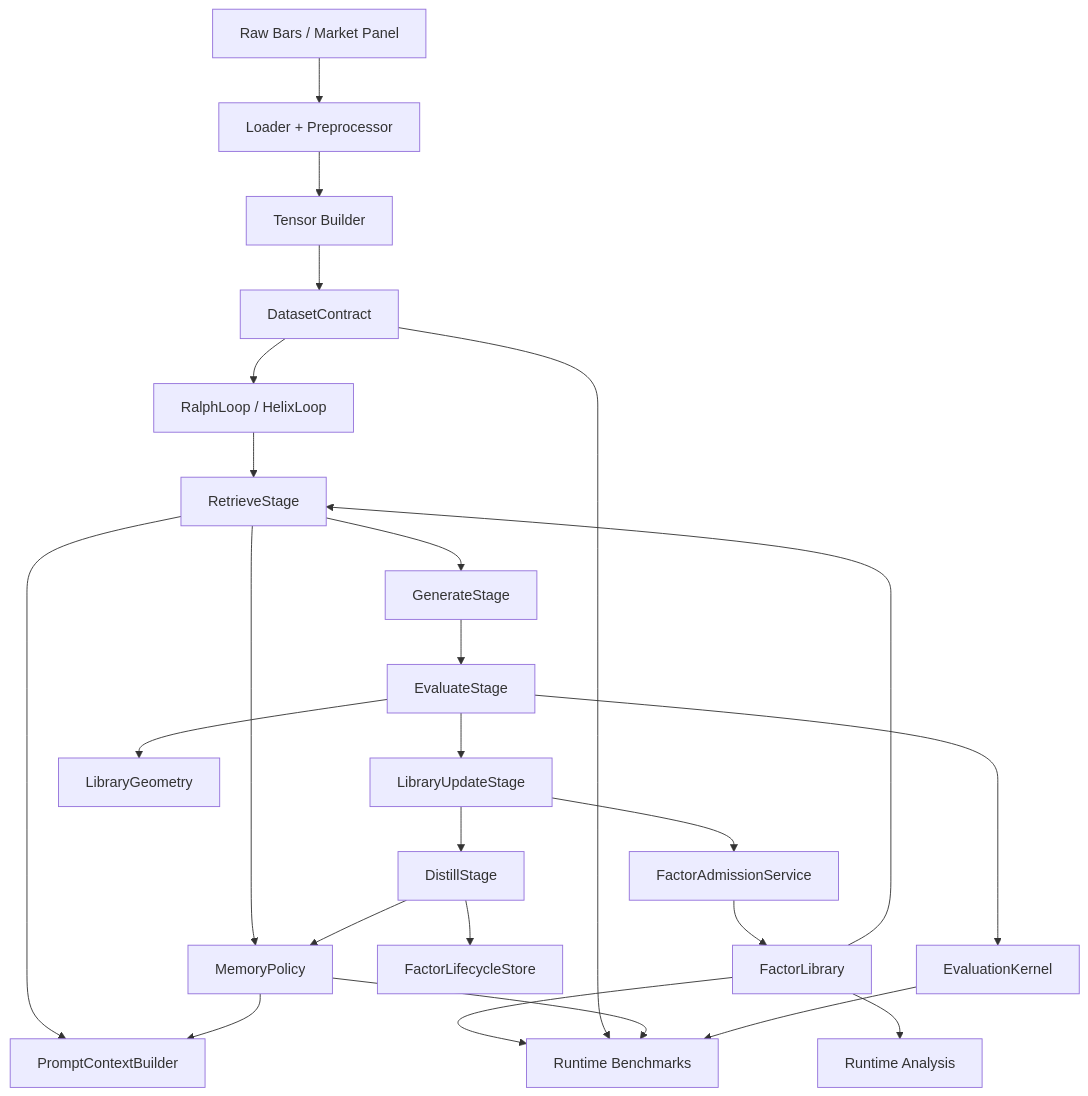
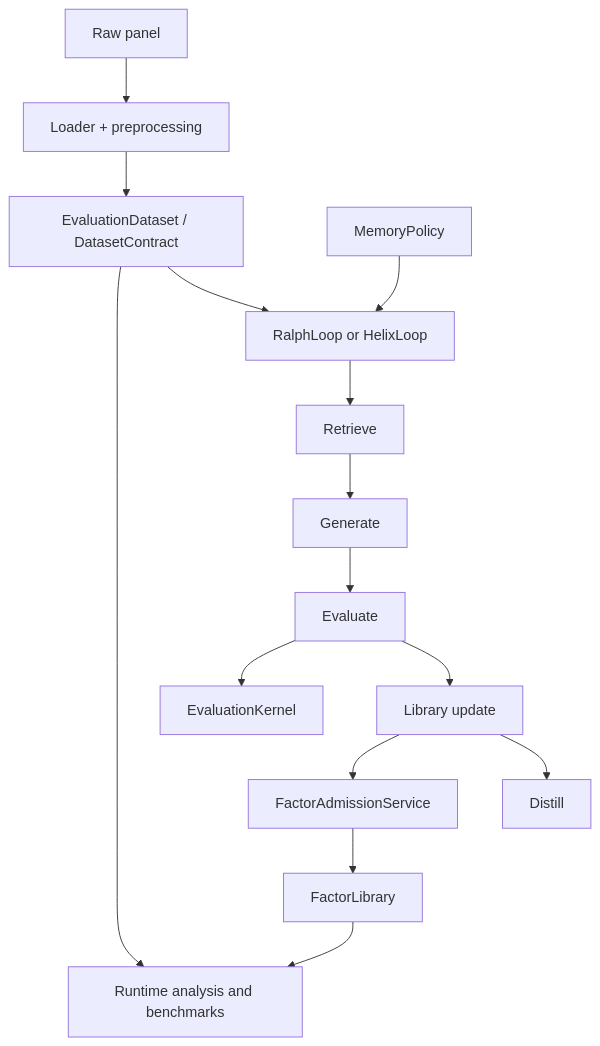
Before and after one commit to minihellboy/factorminer: the diagram in docs/architecture.md, drawn with Mermaid. The commit also changed other lines of this file and 71 other files, not shown here.

````diff
--- a/docs/architecture.md
+++ b/docs/architecture.md
@@ -39,31 +11,17 @@
 ```mermaid
 flowchart TD
-    A["Raw Bars / Market Panel"] --> B["Loader + Preprocessor"]
-    B --> C["Tensor Builder"]
-    C --> D["DatasetContract"]
-    D --> E["RalphLoop / HelixLoop"]
-
-    E --> R["RetrieveStage"]
-    R --> G["GenerateStage"]
-    G --> V["EvaluateStage"]
-    V --> U["LibraryUpdateStage"]
-    U --> T["DistillStage"]
-
-    R --> MP["MemoryPolicy"]
-    R --> PC["PromptContextBuilder"]
-    V --> EK["EvaluationKernel"]
-    V --> LG["LibraryGeometry"]
-    U --> AS["FactorAdmissionService"]
-    T --> LS["FactorLifecycleStore"]
-
-    AS --> FL["FactorLibrary"]
-    T --> MP
-    MP --> PC
-    FL --> R
-
-    FL --> AR["Runtime Analysis"]
-    FL --> BR["Runtime Benchmarks"]
-    D --> BR
-    MP --> BR
-    EK --> BR
+    A["Raw panel"] --> B["Loader + preprocessing"]
+    B --> C["EvaluationDataset / DatasetContract"]
+    C --> D["RalphLoop or HelixLoop"]
+    M["MemoryPolicy"] --> D
+    D --> R["Retrieve"]
+    R --> G["Generate"]
+    G --> E["Evaluate"]
+    E --> U["Library update"]
+    U --> S["Distill"]
+    E --> K["EvaluationKernel"]
+    U --> L["FactorAdmissionService"]
+    L --> F["FactorLibrary"]
+    F --> X["Runtime analysis and benchmarks"]
+    C --> X
 ```
````
